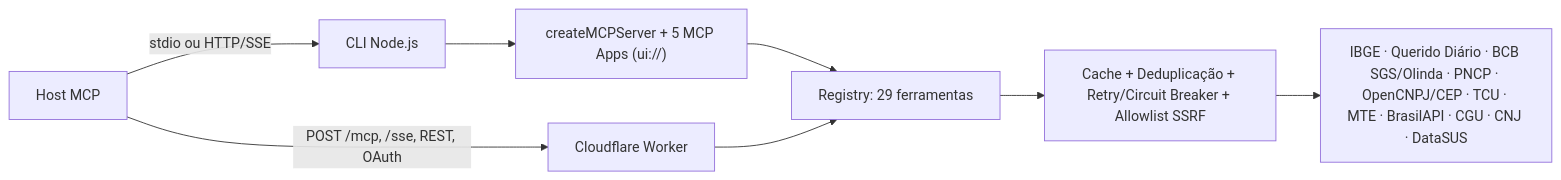
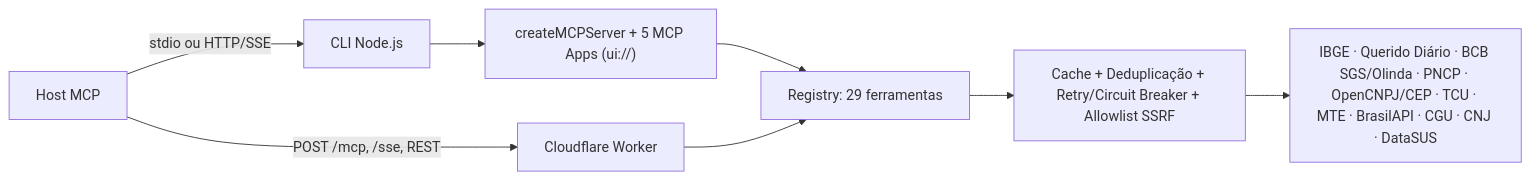
The diagram in README.md (cristianoaredes/mcp-dadosbr), drawn with Mermaid before and after one commit. The commit also changed other lines of this file and 19 other files, not shown here.

````diff
--- a/README.md
+++ b/README.md
@@ -280,10 +282,10 @@
 ```mermaid
 flowchart LR
   Host["Host MCP"] -->|"stdio ou HTTP/SSE"| CLI["CLI Node.js"]
-  Host -->|"POST /mcp, /sse, REST, OAuth"| Worker["Cloudflare Worker"]
+  Host -->|"POST /mcp, /sse, REST"| Worker["Cloudflare Worker"]
   CLI --> Server["createMCPServer + 5 MCP Apps (ui://)"]
   Server --> Registry["Registry: 29 ferramentas"]
   Worker --> Registry
   Registry --> Infra["Cache + Deduplicação + Retry/Circuit Breaker + Allowlist SSRF"]
   Infra --> APIs["IBGE · Querido Diário · BCB SGS/Olinda · PNCP · OpenCNPJ/CEP · TCU · MTE · BrasilAPI · CGU · CNJ · DataSUS"]
 ```
````
